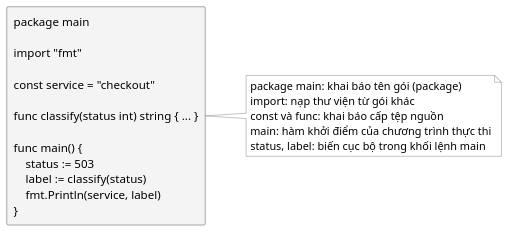
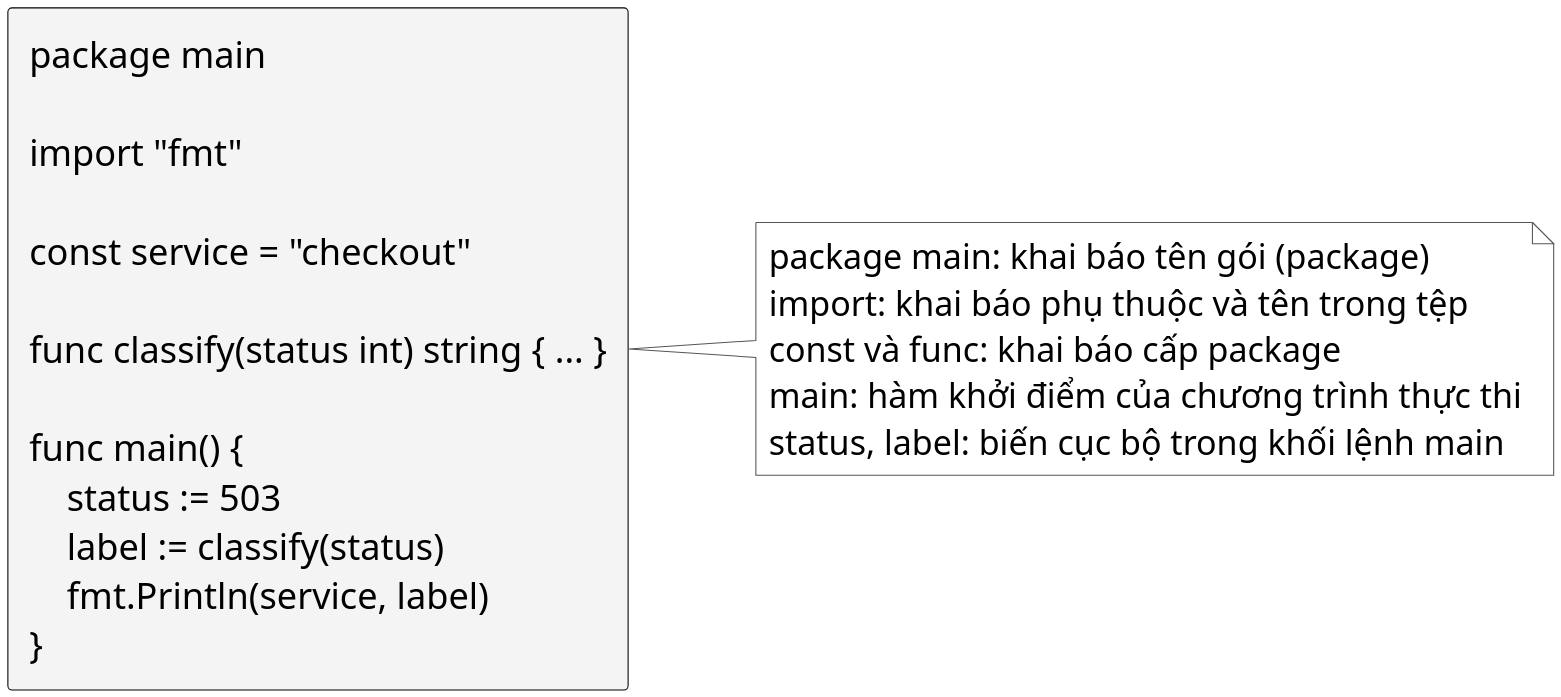
The diagram in assets/diagrams/go-source-anatomy.puml (Minhlike/Golang), drawn with PlantUML before and after one commit. The commit also changed 68 other files, not shown here.

```diff
--- a/assets/diagrams/go-source-anatomy.puml
+++ b/assets/diagrams/go-source-anatomy.puml
@@ -1,31 +1,32 @@
 @startuml
+skinparam dpi 300
 skinparam backgroundColor white
 skinparam shadowing false
 skinparam defaultFontName "JetBrains Mono"
 skinparam defaultFontSize 17
 skinparam defaultFontColor #000000
 skinparam rectangle {
   BackgroundColor #F4F4F4
   BorderColor #000000
   FontColor #000000
   RoundCorner 4
 }
 skinparam note {
   BackgroundColor #FFFFFF
   BorderColor #555555
   FontName "Source Sans 3"
   FontSize 16
   FontColor #000000
 }
 skinparam arrowColor #000000
 left to right direction
 
 rectangle "package main\n\nimport "fmt"\n\nconst service = "checkout"\n\nfunc classify(status int) string { ... }\n\nfunc main() {\n    status := 503\n    label := classify(status)\n    fmt.Println(service, label)\n}" as source
 note right of source
   package main: khai báo tên gói (package)
-  import: nạp thư viện từ gói khác
-  const và func: khai báo cấp tệp nguồn
+  import: khai báo phụ thuộc và tên trong tệp
+  const và func: khai báo cấp package
   main: hàm khởi điểm của chương trình thực thi
   status, label: biến cục bộ trong khối lệnh main
 end note
 @enduml
```
